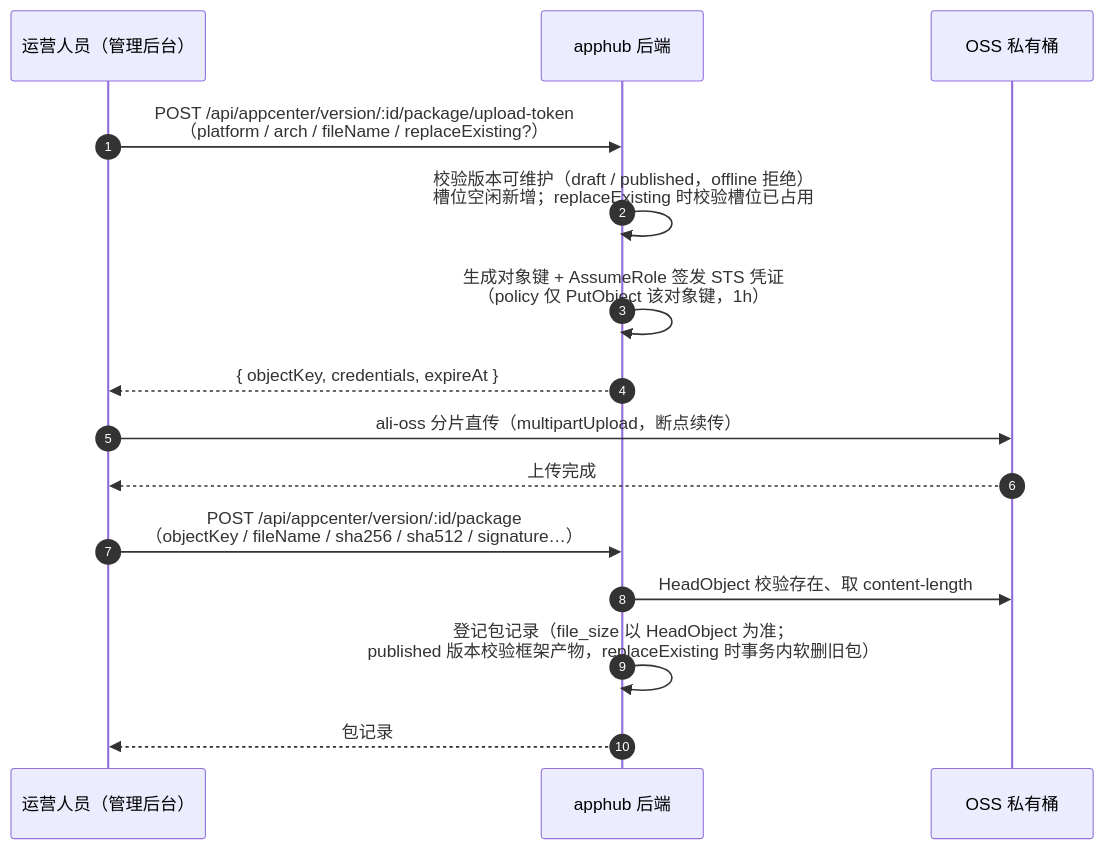
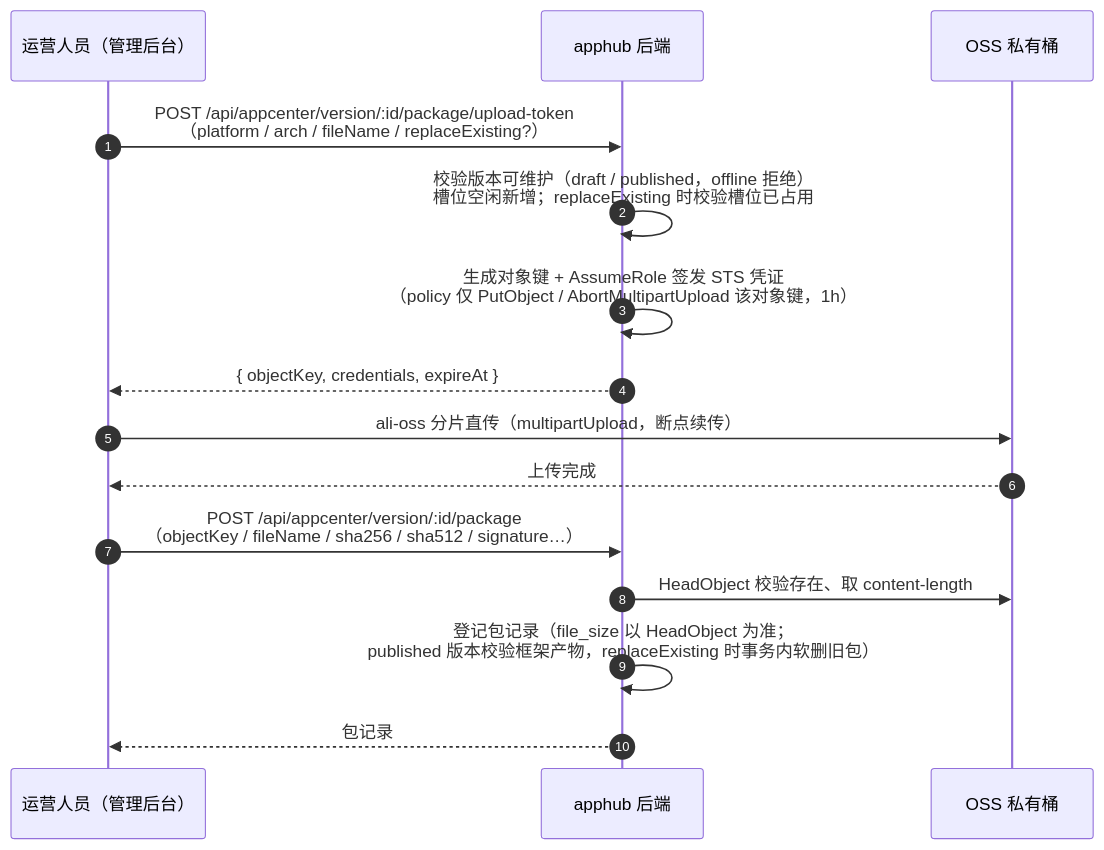
One commit to Harley-xk/apphub changed the first of 4 diagrams in docs/应用管理平台/应用与版本管理设计.md. Above: the diagram before and after it, drawn with Mermaid. The commit also changed other lines of this file and 17 other files, not shown here.

````diff
--- a/docs/应用管理平台/应用与版本管理设计.md
+++ b/docs/应用管理平台/应用与版本管理设计.md
@@ -97,17 +97,17 @@
 ```mermaid
 sequenceDiagram
     autonumber
     participant U as 运营人员（管理后台）
     participant S as apphub 后端
     participant OSS as OSS 私有桶
     U->>S: POST /api/appcenter/version/:id/package/upload-token<br/>（platform / arch / fileName / replaceExisting?）
     S->>S: 校验版本可维护（draft / published，offline 拒绝）<br/>槽位空闲新增；replaceExisting 时校验槽位已占用
-    S->>S: 生成对象键 + AssumeRole 签发 STS 凭证<br/>（policy 仅 PutObject 该对象键，1h）
+    S->>S: 生成对象键 + AssumeRole 签发 STS 凭证<br/>（policy 仅 PutObject / AbortMultipartUpload 该对象键，1h）
     S-->>U: { objectKey, credentials, expireAt }
     U->>OSS: ali-oss 分片直传（multipartUpload，断点续传）
     OSS-->>U: 上传完成
     U->>S: POST /api/appcenter/version/:id/package<br/>（objectKey / fileName / sha256 / sha512 / signature…）
     S->>OSS: HeadObject 校验存在、取 content-length
     S->>S: 登记包记录（file_size 以 HeadObject 为准；<br/>published 版本校验框架产物，replaceExisting 时事务内软删旧包）
     S-->>U: 包记录
 ```
````
